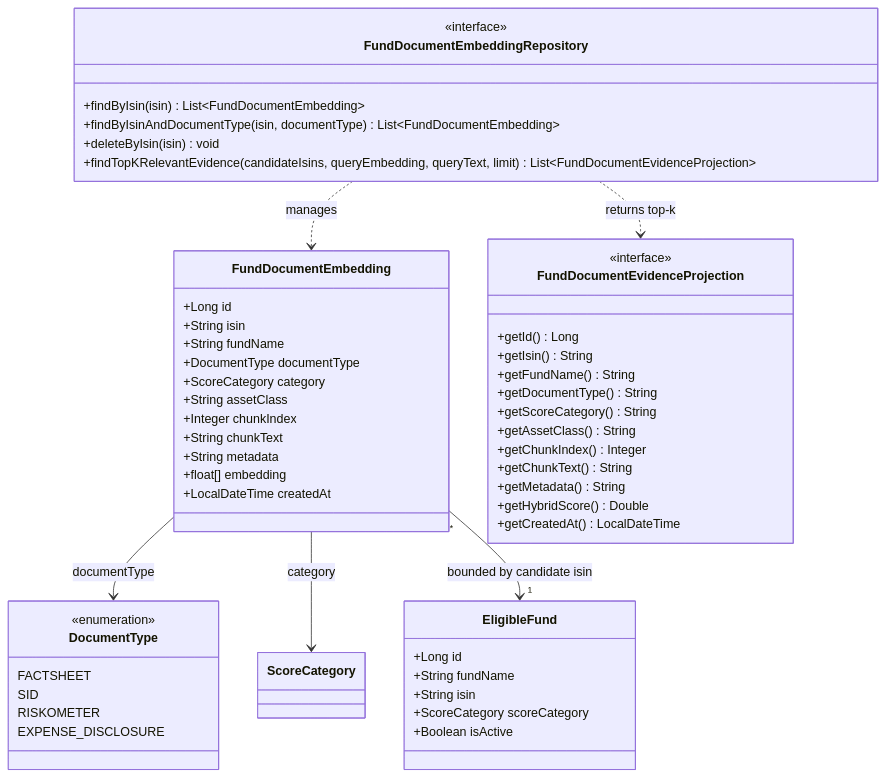
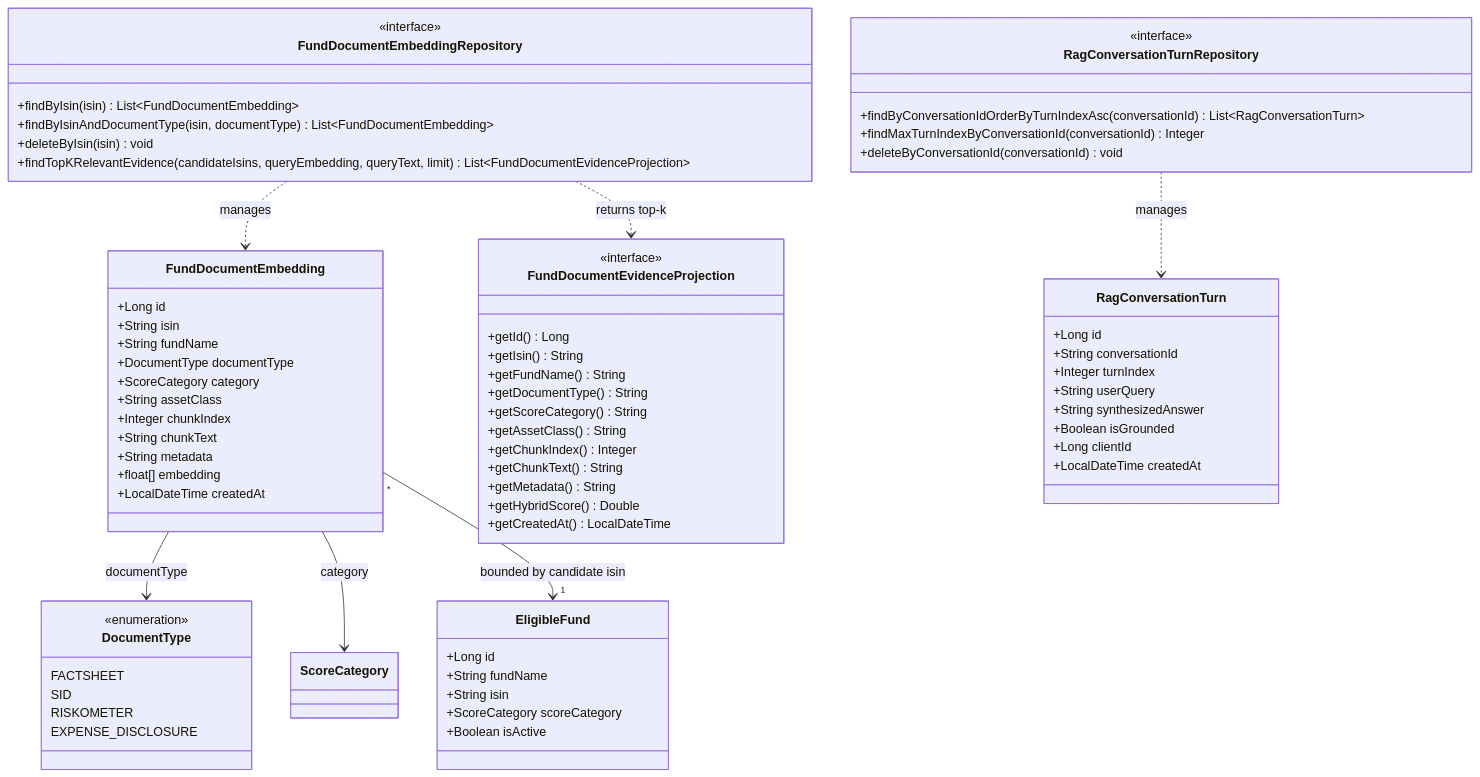
Before and after one commit to NatsuDrag9/wealth-tech-crm: the ninth of 39 diagrams in docs/Uml_Diagrams.md, drawn with Mermaid. The commit also changed other lines of this file and 1 other file, not shown here.

Commit message:
docs(java): document tri-mode AI agentic architecture and UML diagrams

````diff
--- a/docs/Uml_Diagrams.md
+++ b/docs/Uml_Diagrams.md
@@ -477,61 +498,80 @@
 ```mermaid
 classDiagram
     class FundDocumentEmbedding {
         +Long id
         +String isin
         +String fundName
         +DocumentType documentType
         +ScoreCategory category
         +String assetClass
         +Integer chunkIndex
         +String chunkText
         +String metadata
         +float[] embedding
         +LocalDateTime createdAt
     }
 
     class FundDocumentEvidenceProjection {
         <<interface>>
         +getId() Long
         +getIsin() String
         +getFundName() String
         +getDocumentType() String
         +getScoreCategory() String
         +getAssetClass() String
         +getChunkIndex() Integer
         +getChunkText() String
         +getMetadata() String
         +getHybridScore() Double
         +getCreatedAt() LocalDateTime
     }
 
     class FundDocumentEmbeddingRepository {
         <<interface>>
         +findByIsin(isin) List~FundDocumentEmbedding~
         +findByIsinAndDocumentType(isin, documentType) List~FundDocumentEmbedding~
         +deleteByIsin(isin) void
         +findTopKRelevantEvidence(candidateIsins, queryEmbedding, queryText, limit) List~FundDocumentEvidenceProjection~
     }
 
     class DocumentType {
         <<enumeration>>
         FACTSHEET
         SID
         RISKOMETER
         EXPENSE_DISCLOSURE
     }
 
     class EligibleFund {
         +Long id
         +String fundName
         +String isin
         +ScoreCategory scoreCategory
         +Boolean isActive
     }
 
+    class RagConversationTurn {
+        +Long id
+        +String conversationId
+        +Integer turnIndex
+        +String userQuery
+        +String synthesizedAnswer
+        +Boolean isGrounded
+        +Long clientId
+        +LocalDateTime createdAt
+    }
+
+    class RagConversationTurnRepository {
+        <<interface>>
+        +findByConversationIdOrderByTurnIndexAsc(conversationId) List~RagConversationTurn~
+        +findMaxTurnIndexByConversationId(conversationId) Integer
+        +deleteByConversationId(conversationId) void
+    }
+
     FundDocumentEmbeddingRepository ..> FundDocumentEmbedding : manages
     FundDocumentEmbeddingRepository ..> FundDocumentEvidenceProjection : returns top-k
     FundDocumentEmbedding --> DocumentType : documentType
     FundDocumentEmbedding --> ScoreCategory : category
     FundDocumentEmbedding "*" --> "1" EligibleFund : bounded by candidate isin
+    RagConversationTurnRepository ..> RagConversationTurn : manages
 ```
````
